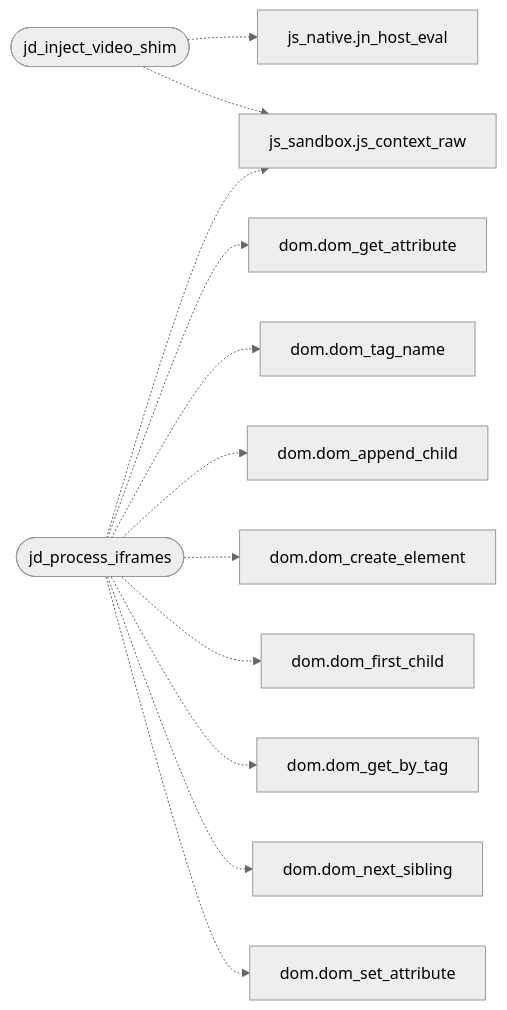
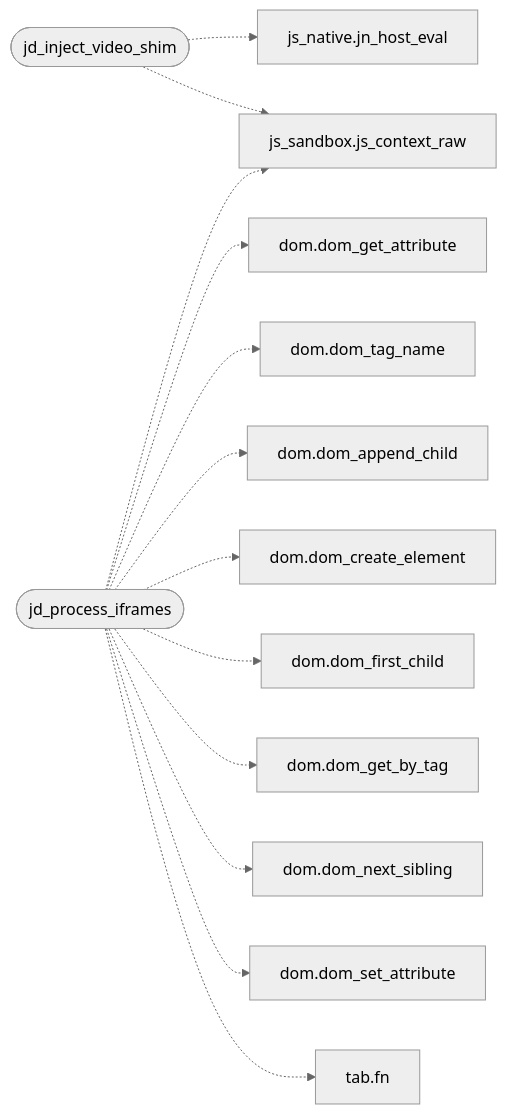
One commit to grisuno/FreeDom changed the diagram in readmenator-apidocs/modules/src.js_embed.c.md. Above: the diagram before and after it, drawn with Mermaid (neutral theme). The commit also changed other lines of this file and 182 other files, not shown here.

````diff
--- a/readmenator-apidocs/modules/src.js_embed.c.md
+++ b/readmenator-apidocs/modules/src.js_embed.c.md
@@ -14,26 +14,28 @@
 ```mermaid
 flowchart LR
     n_src_js_embed_c__jd_inject_video_shim(["jd_inject_video_shim"])
     n_src_js_native_c__jn_host_eval["js_native.jn_host_eval"]
     n_src_js_sandbox_c__js_context_raw["js_sandbox.js_context_raw"]
     n_src_js_embed_c__jd_process_iframes(["jd_process_iframes"])
     n_include_dom_h__dom_get_attribute["dom.dom_get_attribute"]
     n_include_dom_h__dom_tag_name["dom.dom_tag_name"]
     n_src_dom_c__dom_append_child["dom.dom_append_child"]
     n_src_dom_c__dom_create_element["dom.dom_create_element"]
     n_src_dom_c__dom_first_child["dom.dom_first_child"]
     n_src_dom_c__dom_get_by_tag["dom.dom_get_by_tag"]
     n_src_dom_c__dom_next_sibling["dom.dom_next_sibling"]
     n_src_dom_c__dom_set_attribute["dom.dom_set_attribute"]
+    n_src_tab_c__fn["tab.fn"]
     n_src_js_embed_c__jd_inject_video_shim -.-> n_src_js_native_c__jn_host_eval
     n_src_js_embed_c__jd_inject_video_shim -.-> n_src_js_sandbox_c__js_context_raw
     n_src_js_embed_c__jd_process_iframes -.-> n_include_dom_h__dom_get_attribute
     n_src_js_embed_c__jd_process_iframes -.-> n_include_dom_h__dom_tag_name
     n_src_js_embed_c__jd_process_iframes -.-> n_src_dom_c__dom_append_child
     n_src_js_embed_c__jd_process_iframes -.-> n_src_dom_c__dom_create_element
     n_src_js_embed_c__jd_process_iframes -.-> n_src_dom_c__dom_first_child
     n_src_js_embed_c__jd_process_iframes -.-> n_src_dom_c__dom_get_by_tag
     n_src_js_embed_c__jd_process_iframes -.-> n_src_dom_c__dom_next_sibling
     n_src_js_embed_c__jd_process_iframes -.-> n_src_dom_c__dom_set_attribute
     n_src_js_embed_c__jd_process_iframes -.-> n_src_js_sandbox_c__js_context_raw
+    n_src_js_embed_c__jd_process_iframes -.-> n_src_tab_c__fn
 ```
````
